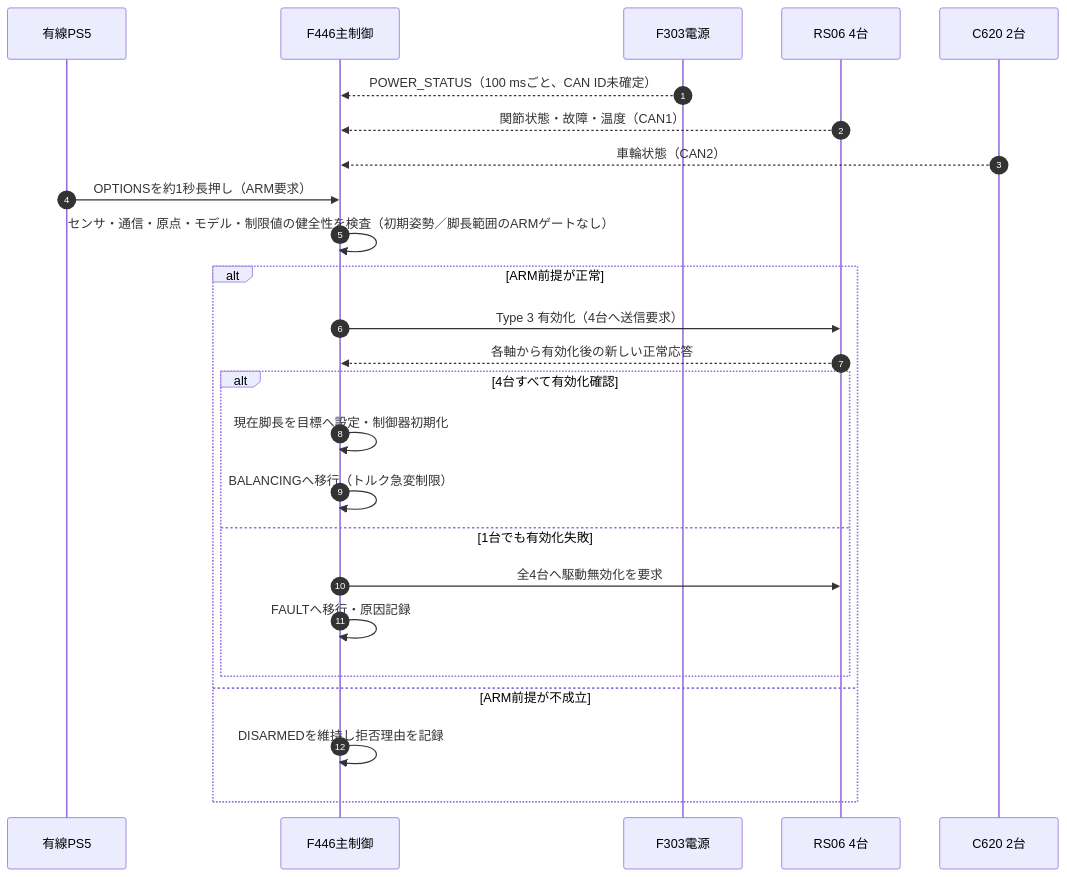
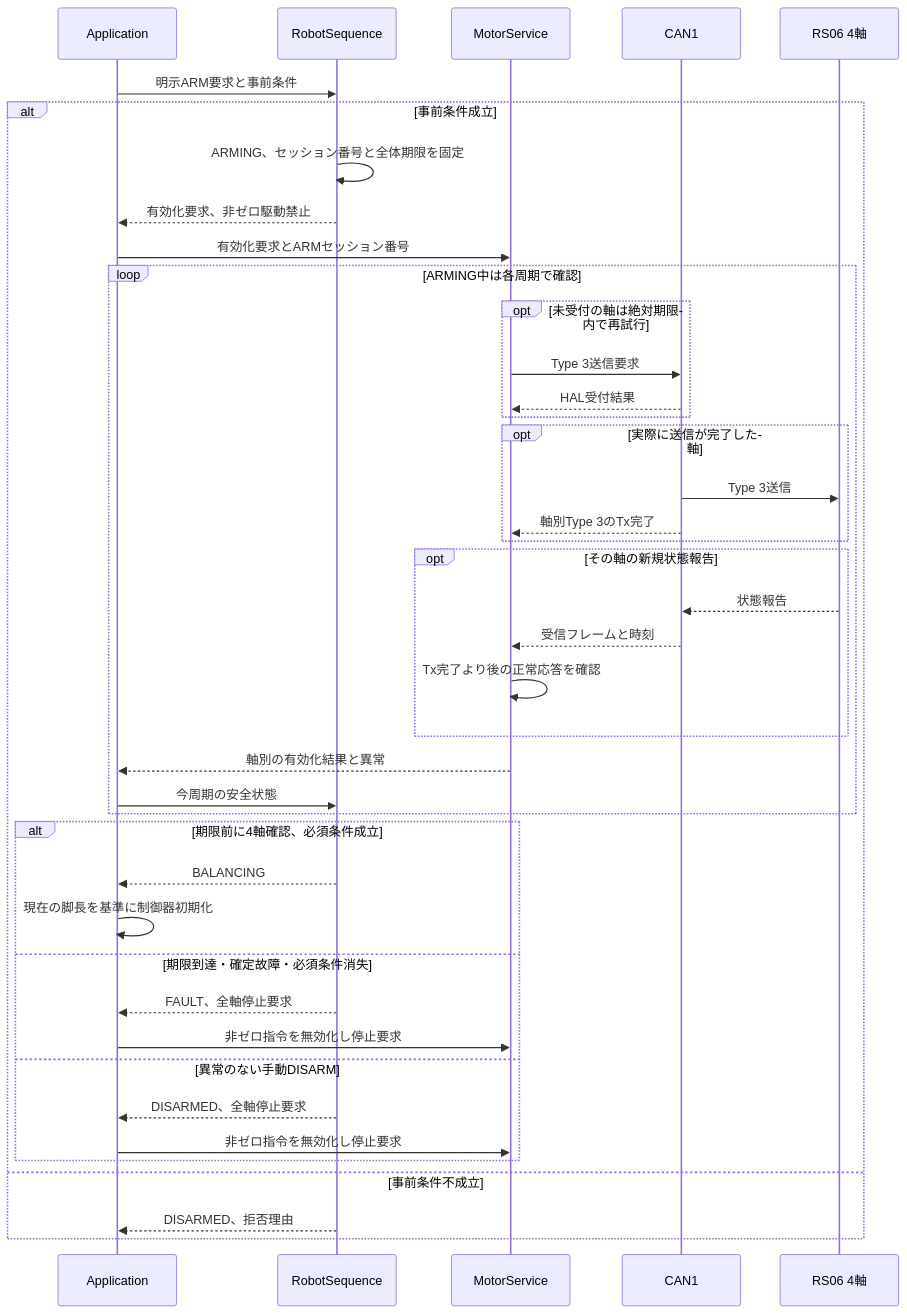
One commit to kou-pen/balancing changed the second of 8 diagrams in docs/diagrams.md. Above: the diagram before and after it, drawn with Mermaid. The commit also changed other lines of this file and 13 other files, not shown here.

Commit message:
docs(f446): record C++17 public API and control diagrams (#29)

```diff
--- a/docs/diagrams.md
+++ b/docs/diagrams.md
@@ -47,28 +48,44 @@
 <pre class="mermaid">
 sequenceDiagram
-    autonumber
-    participant USB as 有線PS5
-    participant F446 as F446主制御
-    participant F303 as F303電源
-    participant RS as RS06 4台
-    participant C620 as C620 2台
+    participant APP as Application
+    participant SEQ as RobotSequence
+    participant MS as MotorService
+    participant CAN as CAN1
+    participant RS as RS06 4軸
 
-    F303-->>F446: POWER_STATUS（100 msごと、CAN ID未確定）
-    RS-->>F446: 関節状態・故障・温度（CAN1）
-    C620-->>F446: 車輪状態（CAN2）
-    USB->>F446: OPTIONSを約1秒長押し（ARM要求）
-    F446->>F446: センサ・通信・原点・モデル・制限値の健全性を検査（初期姿勢／脚長範囲のARMゲートなし）
-    alt ARM前提が正常
-        F446->>RS: Type 3 有効化（4台へ送信要求）
-        RS-->>F446: 各軸から有効化後の新しい正常応答
-        alt 4台すべて有効化確認
-            F446->>F446: 現在脚長を目標へ設定・制御器初期化
-            F446->>F446: BALANCINGへ移行（トルク急変制限）
-        else 1台でも有効化失敗
-            F446->>RS: 全4台へ駆動無効化を要求
-            F446->>F446: FAULTへ移行・原因記録
+    APP->>SEQ: 明示ARM要求と事前条件
+    alt 事前条件成立
+        SEQ->>SEQ: ARMING、セッション番号と全体期限を固定
+        SEQ-->>APP: 有効化要求、非ゼロ駆動禁止
+        APP->>MS: 有効化要求とARMセッション番号
+        loop ARMING中は各周期で確認
+            opt 未受付の軸は絶対期限内で再試行
+                MS->>CAN: Type 3送信要求
+                CAN-->>MS: HAL受付結果
+            end
+            opt 実際に送信が完了した軸
+                CAN->>RS: Type 3送信
+                CAN-->>MS: 軸別Type 3のTx完了
+            end
+            opt その軸の新規状態報告
+                RS-->>CAN: 状態報告
+                CAN-->>MS: 受信フレームと時刻
+                MS->>MS: Tx完了より後の正常応答を確認
+            end
+            MS-->>APP: 軸別の有効化結果と異常
+            APP->>SEQ: 今周期の安全状態
         end
-    else ARM前提が不成立
-        F446->>F446: DISARMEDを維持し拒否理由を記録
+        alt 期限前に4軸確認、必須条件成立
+            SEQ-->>APP: BALANCING
+            APP->>APP: 現在の脚長を基準に制御器初期化
+        else 期限到達・確定故障・必須条件消失
+            SEQ-->>APP: FAULT、全軸停止要求
+            APP->>MS: 非ゼロ指令を無効化し停止要求
+        else 異常のない手動DISARM
+            SEQ-->>APP: DISARMED、全軸停止要求
+            APP->>MS: 非ゼロ指令を無効化し停止要求
+        end
+    else 事前条件不成立
+        SEQ-->>APP: DISARMED、拒否理由
     end
 </pre>
```
